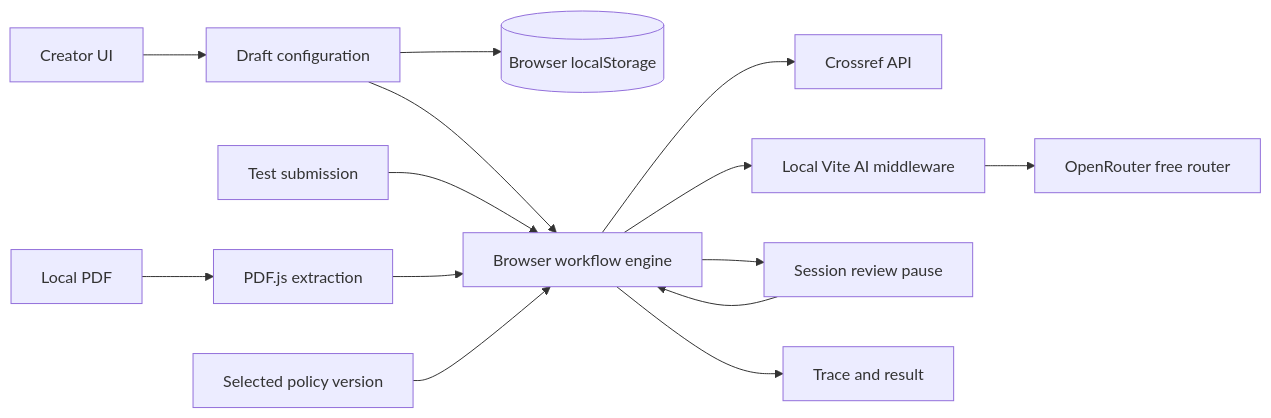
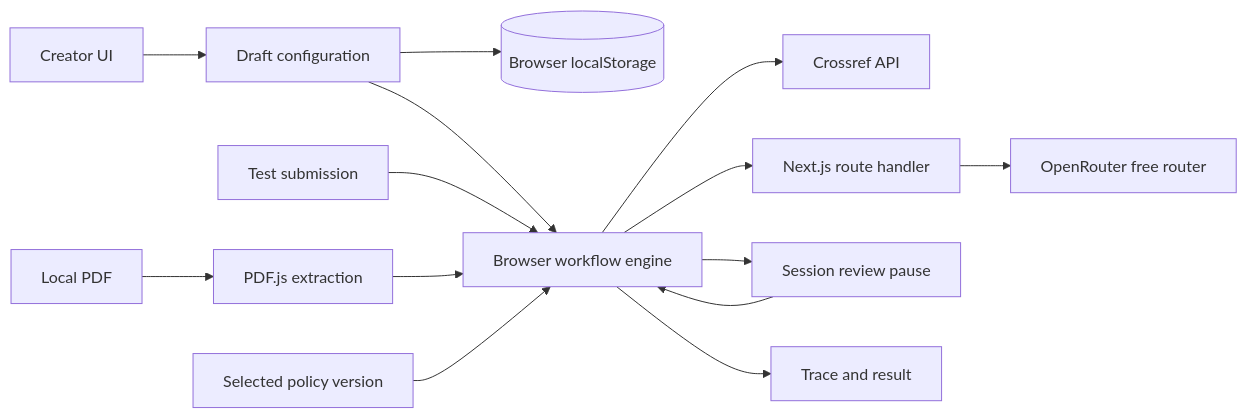
One commit to Kaushiik-13/KCT_AppraisalPortal changed the diagram in docs/ARCHITECTURE.md. Above: the diagram before and after it, drawn with Mermaid. The commit also changed other lines of this file and 33 other files, not shown here.

````diff
--- a/docs/ARCHITECTURE.md
+++ b/docs/ARCHITECTURE.md
@@ -5,16 +5,16 @@
 ```mermaid
 flowchart LR
   Creator[Creator UI] --> Draft[Draft configuration]
   Draft --> Storage[(Browser localStorage)]
   Draft --> Engine[Browser workflow engine]
   Form[Test submission] --> Engine
   PDF[Local PDF] --> Extract[PDF.js extraction]
   Extract --> Engine
   Engine --> Crossref[Crossref API]
-  Engine --> LocalAPI[Local Vite AI middleware]
-  LocalAPI --> OpenRouter[OpenRouter free router]
+  Engine --> NextAPI[Next.js route handler]
+  NextAPI --> OpenRouter[OpenRouter free router]
   Engine --> Review[Session review pause]
   Review --> Engine
   Engine --> Result[Trace and result]
   Policy[Selected policy version] --> Engine
 ```
````
